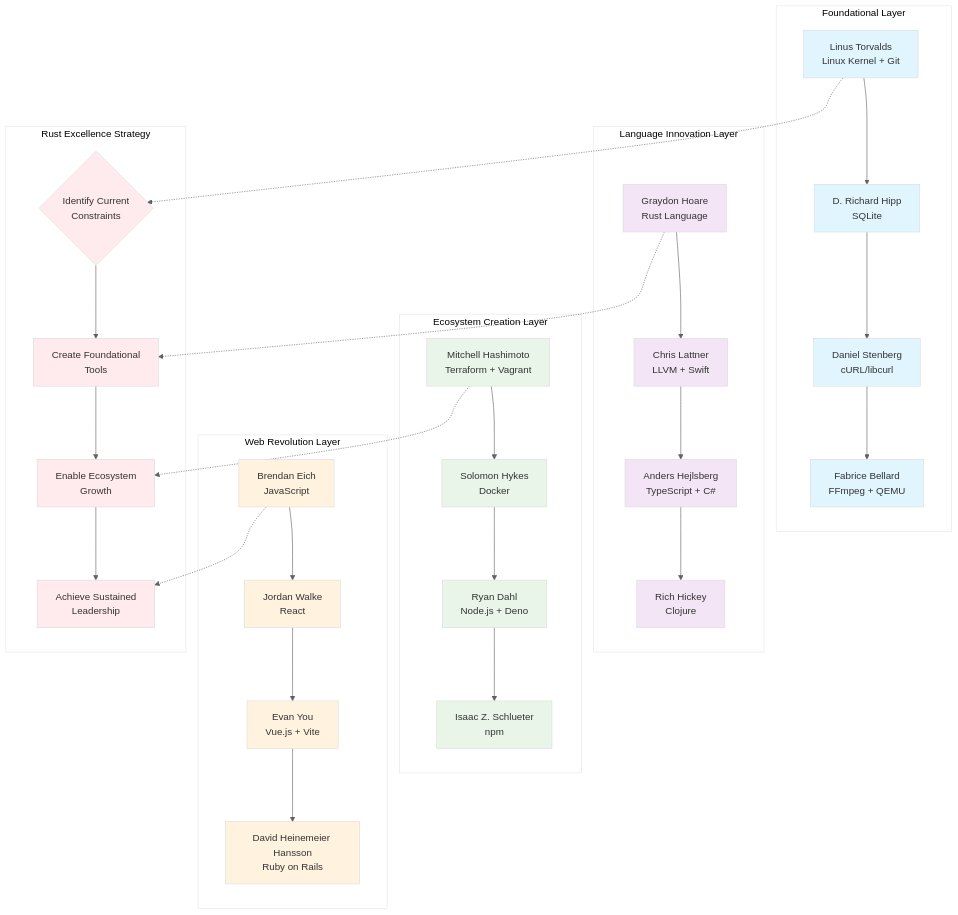
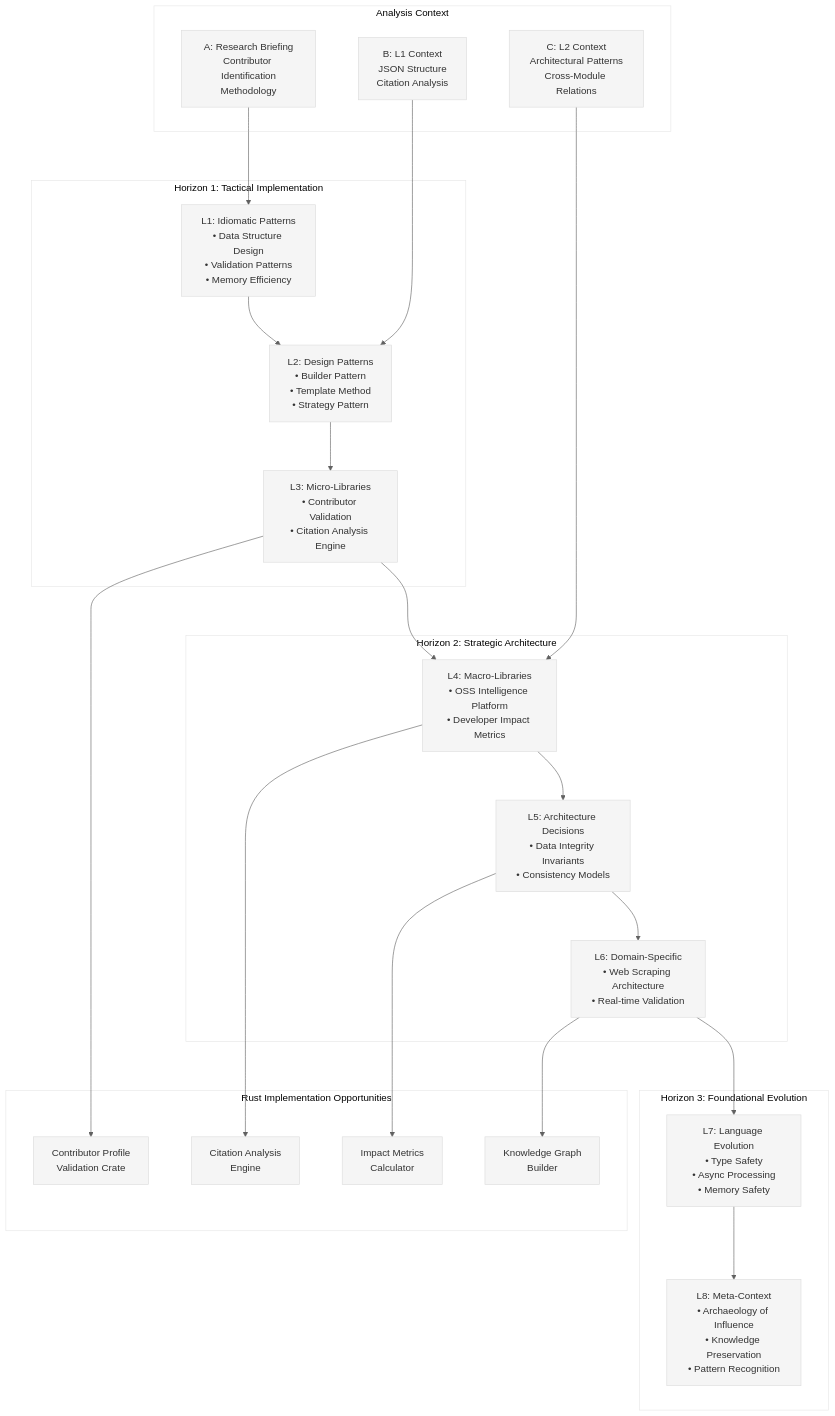
Before and after one commit to that-in-rust/pensieve-local-llm-server: the diagram in gringotts/WorkArea/INGEST_20250930105036_300_1.md, drawn with Mermaid. The commit also changed other lines of this file and 6 other files, not shown here.

````diff
--- a/gringotts/WorkArea/INGEST_20250930105036_300_1.md
+++ b/gringotts/WorkArea/INGEST_20250930105036_300_1.md
@@ -124,68 +77,68 @@
 ```mermaid
 %%{init: {
   "theme": "base",
   "themeVariables": {
     "primaryColor": "#F5F5F5",
     "secondaryColor": "#E0E0E0",
     "lineColor": "#616161",
     "textColor": "#212121",
     "fontSize": "16px",
     "fontFamily": "Helvetica, Arial, sans-serif"
   },
   "flowchart": {
     "nodeSpacing": 70,
     "rankSpacing": 80,
     "wrappingWidth": 160,
     "curve": "basis"
   },
   "useMaxWidth": false
 }}%%
 
 flowchart TD
-    subgraph "Foundational Layer"
-        A[Linus Torvalds<br/>Linux Kernel + Git] --> B[D. Richard Hipp<br/>SQLite]
-        B --> C[Daniel Stenberg<br/>cURL/libcurl]
-        C --> D[Fabrice Bellard<br/>FFmpeg + QEMU]
+    subgraph H1["Horizon 1: Tactical Implementation"]
+        L1["L1: Idiomatic Patterns<br/>• Data Structure Design<br/>• Validation Patterns<br/>• Memory Efficiency"]
+        L2["L2: Design Patterns<br/>• Builder Pattern<br/>• Template Method<br/>• Strategy Pattern"]
+        L3["L3: Micro-Libraries<br/>• Contributor Validation<br/>• Citation Analysis Engine"]
     end
     
-    subgraph "Language Innovation Layer"
-        E[Graydon Hoare<br/>Rust Language] --> F[Chris Lattner<br/>LLVM + Swift]
-        F --> G[Anders Hejlsberg<br/>TypeScript + C#]
-        G --> H[Rich Hickey<br/>Clojure]
+    subgraph H2["Horizon 2: Strategic Architecture"]
+        L4["L4: Macro-Libraries<br/>• OSS Intelligence Platform<br/>• Developer Impact Metrics"]
+        L5["L5: Architecture Decisions<br/>• Data Integrity Invariants<br/>• Consistency Models"]
+        L6["L6: Domain-Specific<br/>• Web Scraping Architecture<br/>• Real-time Validation"]
     end
     
-    subgraph "Ecosystem Creation Layer"
-        I[Mitchell Hashimoto<br/>Terraform + Vagrant] --> J[Solomon Hykes<br/>Docker]
-        J --> K[Ryan Dahl<br/>Node.js + Deno]
-        K --> L[Isaac Z. Schlueter<br/>npm]
+    subgraph H3["Horizon 3: Foundational Evolution"]
+        L7["L7: Language Evolution<br/>• Type Safety<br/>• Async Processing<br/>• Memory Safety"]
+        L8["L8: Meta-Context<br/>• Archaeology of Influence<br/>• Knowledge Preservation<br/>• Pattern Recognition"]
     end
     
-    subgraph "Web Revolution Layer"
-        M[Brendan Eich<br/>JavaScript] --> N[Jordan Walke<br/>React]
-        N --> O[Evan You<br/>Vue.js + Vite]
-        O --> P[David Heinemeier Hansson<br/>Ruby on Rails]
+    subgraph CONTEXT["Analysis Context"]
+        A["A: Research Briefing<br/>Contributor Identification<br/>Methodology"]
+        B["B: L1 Context<br/>JSON Structure<br/>Citation Analysis"]
+        C["C: L2 Context<br/>Architectural Patterns<br/>Cross-Module Relations"]
     end
     
-    subgraph "Rust Excellence Strategy"
-        Q{Identify Current<br/>Constraints} --> R[Create Foundational<br/>Tools]
-        R --> S[Enable Ecosystem<br/>Growth]
-        S --> T[Achieve Sustained<br/>Leadership]
+    A --> L1
+    B --> L2
+    C --> L4
+    
+    L1 --> L2
+    L2 --> L3
+    L3 --> L4
+    L4 --> L5
+    L5 --> L6
+    L6 --> L7
+    L7 --> L8
+    
+    subgraph RUST["Rust Implementation Opportunities"]
+        CRATE1["Contributor Profile<br/>Validation Crate"]
+        CRATE2["Citation Analysis<br/>Engine"]
+        CRATE3["Impact Metrics<br/>Calculator"]
+        CRATE4["Knowledge Graph<br/>Builder"]
     end
     
-    A -.-> Q
-    E -.-> R
-    I -.-> S
-    M -.-> T
-    
-    classDef foundational fill:#e1f5fe
-    classDef language fill:#f3e5f5
-    classDef ecosystem fill:#e8f5e8
-    classDef web fill:#fff3e0
-    classDef strategy fill:#ffebee
-    
-    class A,B,C,D foundational
-    class E,F,G,H language
-    class I,J,K,L ecosystem
-    class M,N,O,P web
-    class Q,R,S,T strategy
+    L3 --> CRATE1
+    L4 --> CRATE2
+    L5 --> CRATE3
+    L6 --> CRATE4
 ```
````
